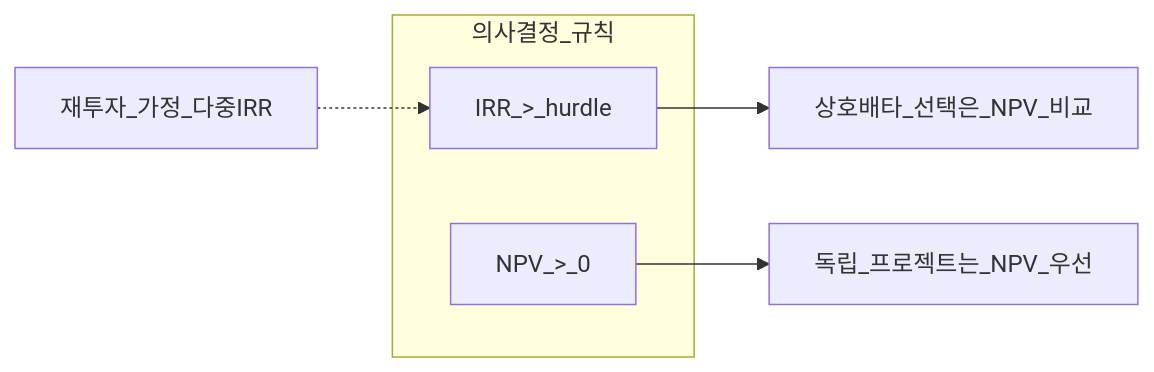
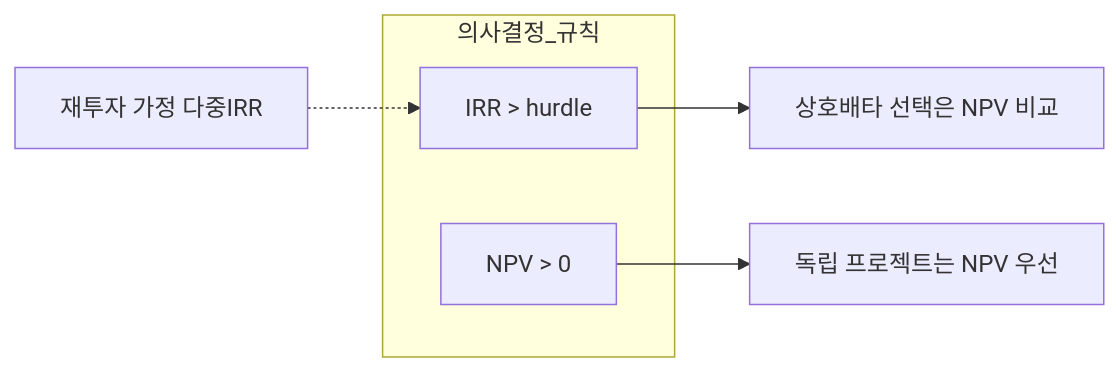
Before and after one commit to goldanghenry/Finances: the second of 3 diagrams in 01-foundations/time-value-npv-irr.md, drawn with Mermaid. The commit also changed other lines of this file and 211 other files, not shown here.

````diff
--- a/01-foundations/time-value-npv-irr.md
+++ b/01-foundations/time-value-npv-irr.md
@@ -149,10 +154,10 @@
 ```mermaid
 flowchart LR
   subgraph rules [의사결정_규칙]
-    IRRrule[IRR_>_hurdle]
-    NPVrule[NPV_>_0]
+    IRRrule["IRR > hurdle"]
+    NPVrule["NPV > 0"]
   end
-  Pitfall[재투자_가정_다중IRR] -.-> IRRrule
-  NPVrule --> Final[독립_프로젝트는_NPV_우선]
-  IRRrule --> Compare[상호배타_선택은_NPV_비교]
+  Pitfall["재투자 가정 다중IRR"] -.-> IRRrule
+  NPVrule --> Final["독립 프로젝트는 NPV 우선"]
+  IRRrule --> Compare["상호배타 선택은 NPV 비교"]
 ```
````
